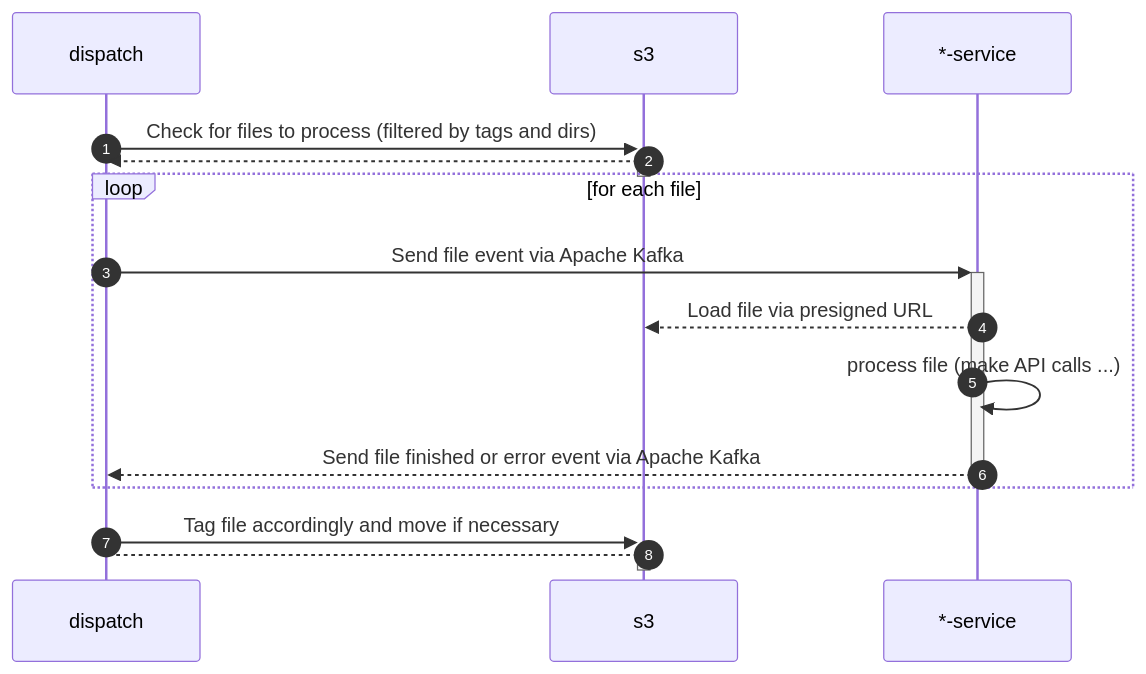
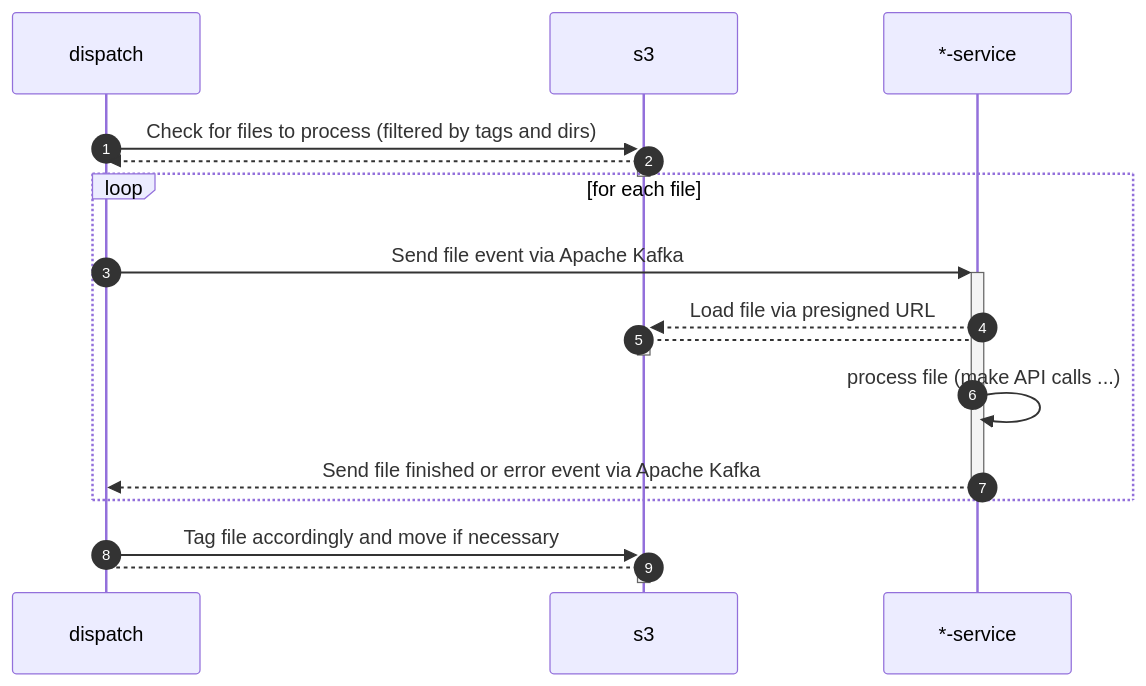
Before and after one commit to it-at-m/swim: the second of 3 diagrams in README.md, drawn with Mermaid. The commit also changed other lines of this file, not shown here.

````diff
--- a/README.md
+++ b/README.md
@@ -45,17 +45,18 @@
 ```mermaid
 sequenceDiagram
     autonumber
     participant dispatch
     participant s3
     participant service as *-service
     dispatch ->>+ s3: Check for files to process (filtered by tags and dirs)
     s3 -->>- dispatch: 
     loop for each file
         dispatch ->>+ service: Send file event via Apache Kafka
-        service -->> s3: Load file via presigned URL
+        service -->>+ s3: Load file via presigned URL
+        s3 -->- service: 
         service ->> service: process file (make API calls ...)
         service -->>- dispatch: Send file finished or error event via Apache Kafka
     end
     dispatch ->>+ s3: Tag file accordingly and move if necessary
     s3 -->- dispatch: 
 ```
````
